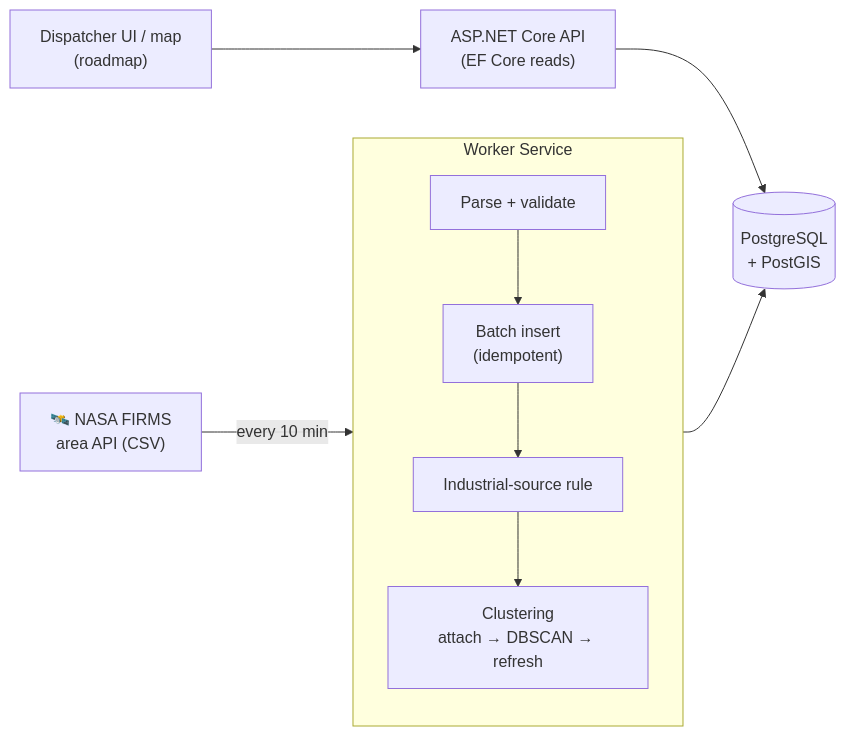
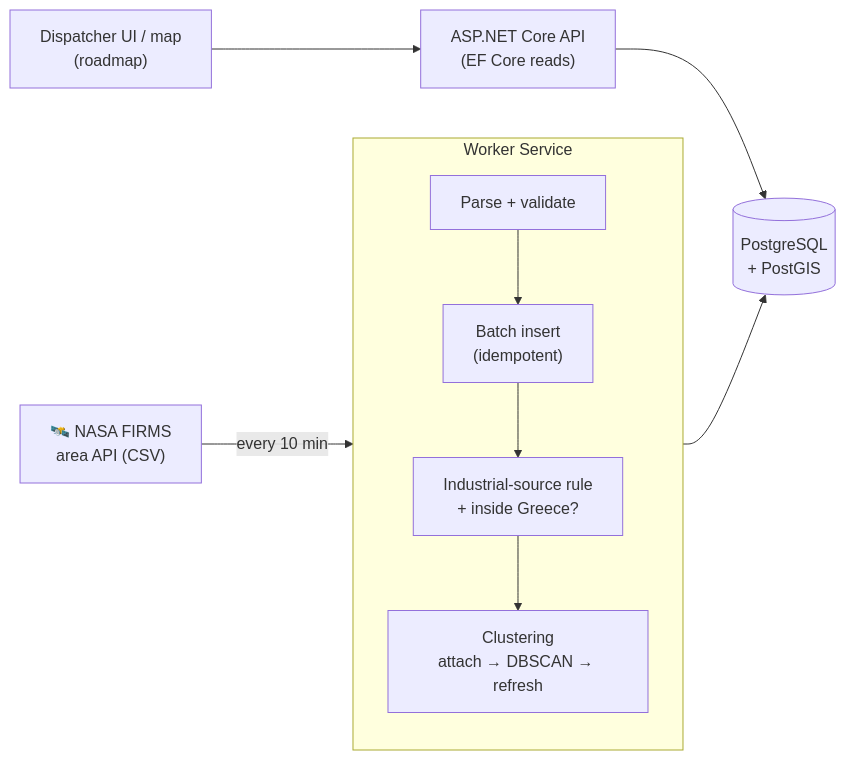
The diagram in README.md (Nikolhs123/PyroLens), drawn with Mermaid before and after one commit. The commit also changed other lines of this file and 17 other files, not shown here.

````diff
--- a/README.md
+++ b/README.md
@@ -45,15 +47,15 @@
 ```mermaid
 flowchart LR
     FIRMS["🛰️ NASA FIRMS<br/>area API (CSV)"] -->|every 10 min| Worker
 
     subgraph Worker["Worker Service"]
         direction TB
         Parse["Parse + validate"] --> Write["Batch insert<br/>(idempotent)"]
-        Write --> Flag["Industrial-source rule"]
+        Write --> Flag["Industrial-source rule<br/>+ inside Greece?"]
         Flag --> Cluster["Clustering<br/>attach → DBSCAN → refresh"]
     end
 
     Worker --> DB[("PostgreSQL<br/>+ PostGIS")]
     API["ASP.NET Core API<br/>(EF Core reads)"] --> DB
     Client["Dispatcher UI / map<br/>(roadmap)"] --> API
 ```
````
